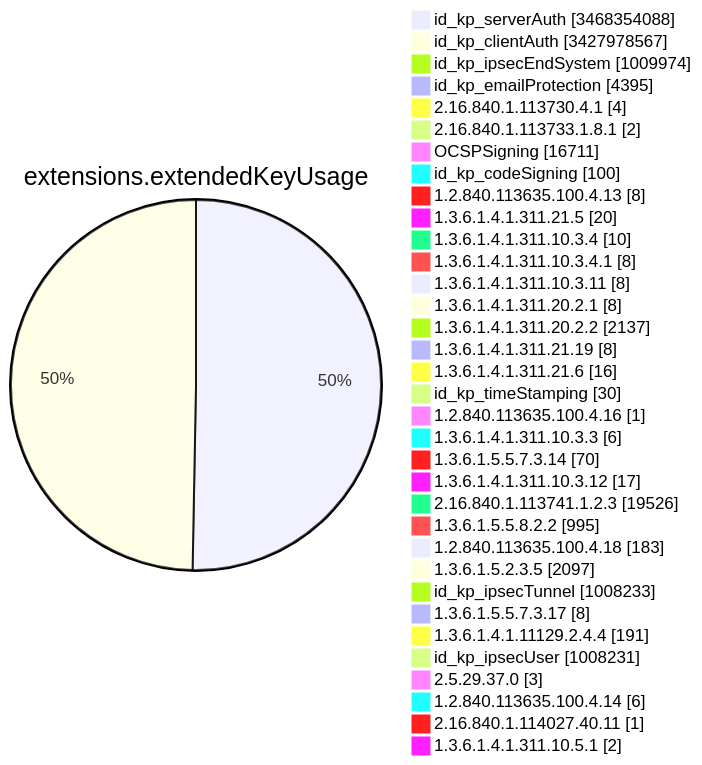
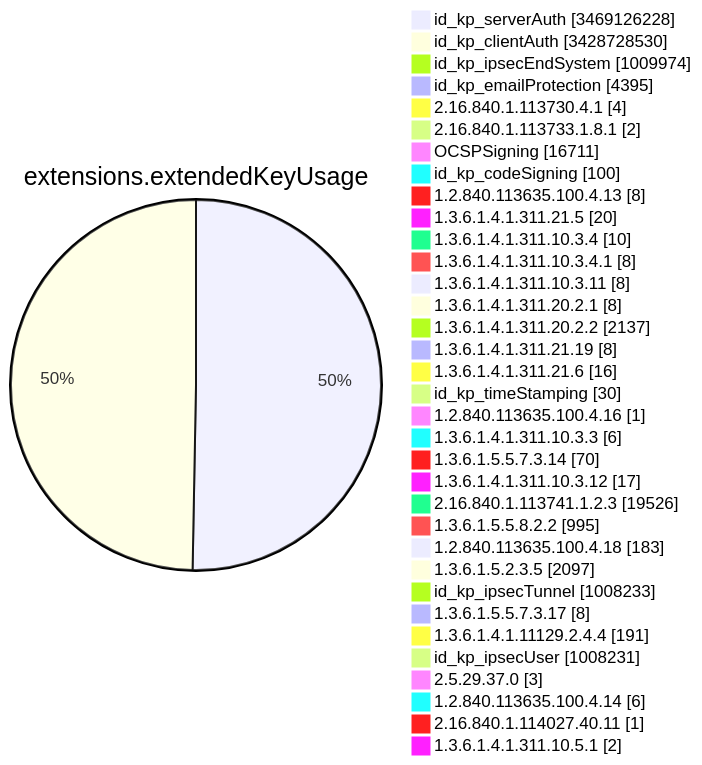
Diagram 11 of 15 in TOTAL/README.md (christiankrug/ctmonitor_visualization), drawn with Mermaid before and after one commit. The commit also changed other lines of this file, not shown here.

````diff
--- a/TOTAL/README.md
+++ b/TOTAL/README.md
@@ -4123,38 +4123,38 @@
 ```mermaid
 pie showData
 title extensions.extendedKeyUsage
-"id_kp_serverAuth" :3468354088
-"id_kp_clientAuth" :3427978567
+"id_kp_serverAuth" :3469126228
+"id_kp_clientAuth" :3428728530
 "id_kp_ipsecEndSystem" :1009974
 "id_kp_emailProtection" :4395
 "2.16.840.1.113730.4.1" :4
 "2.16.840.1.113733.1.8.1" :2
 "OCSPSigning" :16711
 "id_kp_codeSigning" :100
 "1.2.840.113635.100.4.13" :8
 "1.3.6.1.4.1.311.21.5" :20
 "1.3.6.1.4.1.311.10.3.4" :10
 "1.3.6.1.4.1.311.10.3.4.1" :8
 "1.3.6.1.4.1.311.10.3.11" :8
 "1.3.6.1.4.1.311.20.2.1" :8
 "1.3.6.1.4.1.311.20.2.2" :2137
 "1.3.6.1.4.1.311.21.19" :8
 "1.3.6.1.4.1.311.21.6" :16
 "id_kp_timeStamping" :30
 "1.2.840.113635.100.4.16" :1
 "1.3.6.1.4.1.311.10.3.3" :6
 "1.3.6.1.5.5.7.3.14" :70
 "1.3.6.1.4.1.311.10.3.12" :17
 "2.16.840.1.113741.1.2.3" :19526
 "1.3.6.1.5.5.8.2.2" :995
 "1.2.840.113635.100.4.18" :183
 "1.3.6.1.5.2.3.5" :2097
 "id_kp_ipsecTunnel" :1008233
 "1.3.6.1.5.5.7.3.17" :8
 "1.3.6.1.4.1.11129.2.4.4" :191
 "id_kp_ipsecUser" :1008231
 "2.5.29.37.0" :3
 "1.2.840.113635.100.4.14" :6
 "2.16.840.1.114027.40.11" :1
 "1.3.6.1.4.1.311.10.5.1" :2
 ```
````
